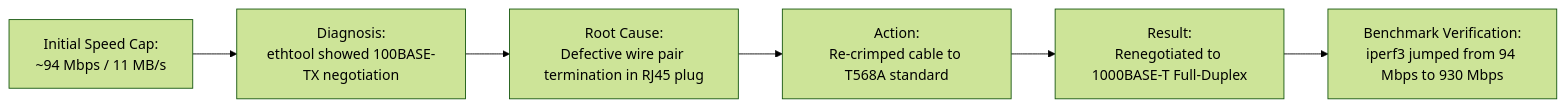
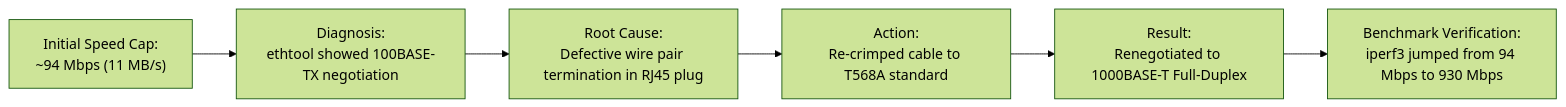
Before and after one commit to koko69420/AVK-Vault-NAS: the second of 4 diagrams in README.md, drawn with Mermaid (forest theme). The commit also changed other lines of this file, not shown here.

Commit message:
Fix Mermaid diagram parsing syntax: quote node labels and subgraph headers

````diff
--- a/README.md
+++ b/README.md
@@ -130,8 +130,8 @@
 ```mermaid
 flowchart LR
-    A[Initial Speed Cap:<br/>~94 Mbps / 11 MB/s] --> B[Diagnosis:<br/>ethtool showed 100BASE-TX negotiation]
-    B --> C[Root Cause:<br/>Defective wire pair termination in RJ45 plug]
-    C --> D[Action:<br/>Re-crimped cable to T568A standard]
-    D --> E[Result:<br/>Renegotiated to 1000BASE-T Full-Duplex]
-    E --> F[Benchmark Verification:<br/>iperf3 jumped from 94 Mbps to 930 Mbps]
+    A["Initial Speed Cap:<br/>~94 Mbps (11 MB/s)"] --> B["Diagnosis:<br/>ethtool showed 100BASE-TX negotiation"]
+    B --> C["Root Cause:<br/>Defective wire pair termination in RJ45 plug"]
+    C --> D["Action:<br/>Re-crimped cable to T568A standard"]
+    D --> E["Result:<br/>Renegotiated to 1000BASE-T Full-Duplex"]
+    E --> F["Benchmark Verification:<br/>iperf3 jumped from 94 Mbps to 930 Mbps"]
 ```
````
